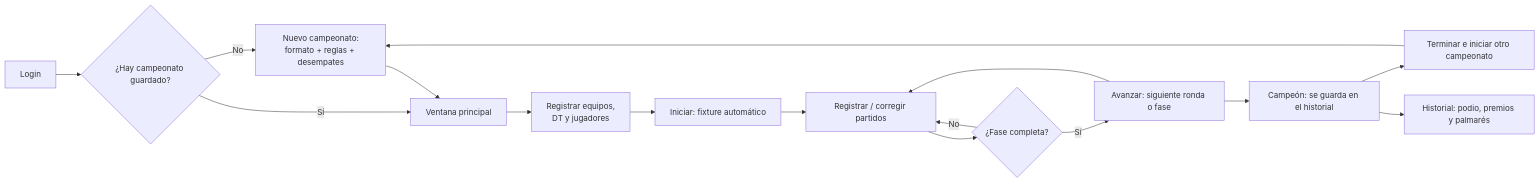
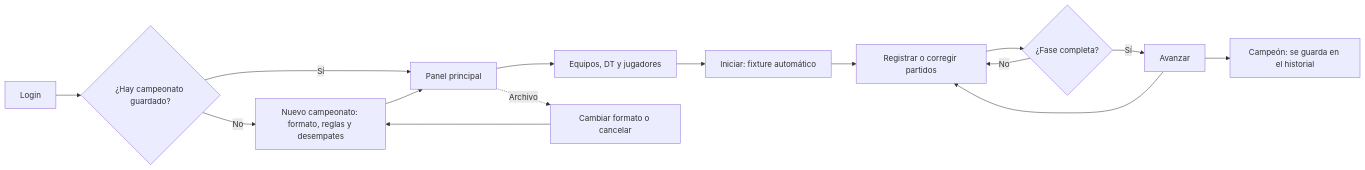
One commit to dalejandroamaya/AlphaSport changed the second of 2 diagrams in docs/ARQUITECTURA.md. Above: the diagram before and after it, drawn with Mermaid. The commit also changed other lines of this file and 27 other files, not shown here.

````diff
--- a/docs/ARQUITECTURA.md
+++ b/docs/ARQUITECTURA.md
@@ -184,18 +132,17 @@
 ```mermaid
 flowchart LR
     A[Login] --> B{¿Hay campeonato guardado?}
-    B -- No --> C[Nuevo campeonato:<br/>formato + reglas + desempates]
-    B -- Sí --> D[Ventana principal]
+    B -- No --> C[Nuevo campeonato: formato, reglas y desempates]
+    B -- Sí --> D[Panel principal]
     C --> D
-    D --> E[Registrar equipos,<br/>DT y jugadores]
+    D --> E[Equipos, DT y jugadores]
     E --> F[Iniciar: fixture automático]
-    F --> G[Registrar / corregir partidos]
+    F --> G[Registrar o corregir partidos]
     G --> H{¿Fase completa?}
     H -- No --> G
-    H -- Sí --> I[Avanzar: siguiente ronda o fase]
+    H -- Sí --> I[Avanzar]
     I --> G
     I --> J[Campeón: se guarda en el historial]
-    J --> K[Terminar e iniciar otro campeonato]
+    D -. Archivo .-> K[Cambiar formato o cancelar]
     K --> C
-    J --> L[Historial: podio, premios y palmarés]
 ```
````
